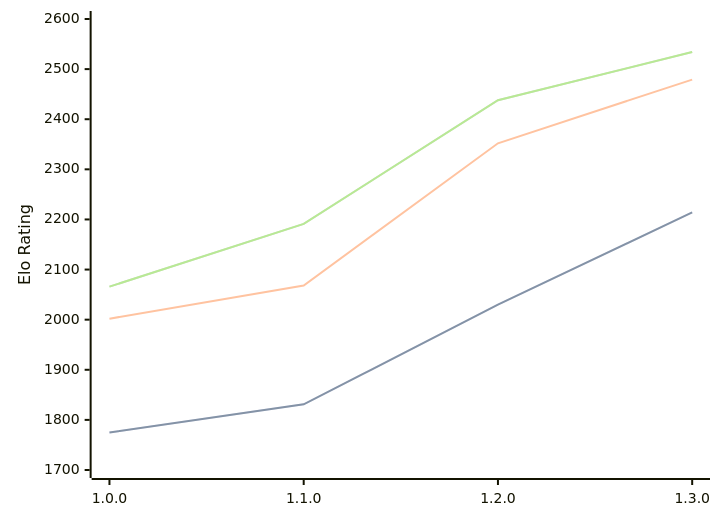
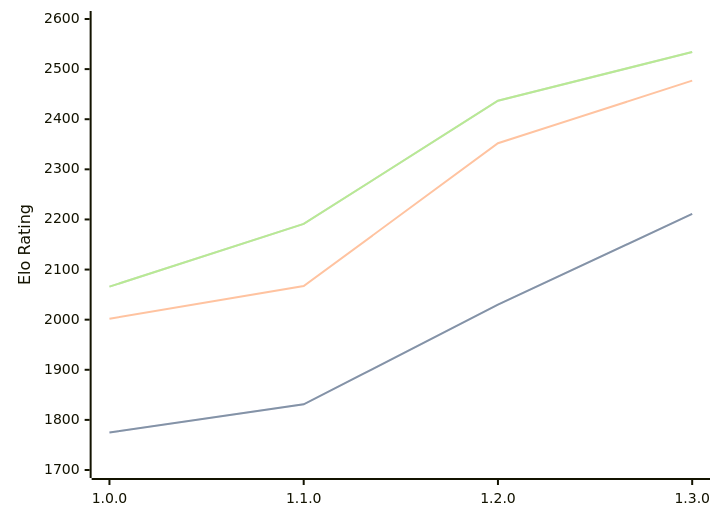
One commit to computer-chess-index/cci changed the diagram in engines/Anodos.md. Above: the diagram before and after it, drawn with Mermaid. The commit also changed other lines of this file, not shown here.

Commit message:
Update CCI Ratings (ELO VLTC) - 2026-03-17

````diff
--- a/engines/Anodos.md
+++ b/engines/Anodos.md
@@ -43,11 +43,11 @@
 ```mermaid
 %%{init: {"theme":"base","themeVariables":{"seriesColors:['#a3a3a3','#222221','#faa371']}}}%%
 xychart-beta
   x-axis ["1.0.0", "1.1.0", "1.2.0", "1.3.0"]
   y-axis "Elo Rating" 1700 --> 2600
-  line "STC (8.0+0.08s)" [1775, 1831, 2030, 2214]
-  line "STC (8.0+0.08s)" [1775, 1831, 2030, 2214]
-  line "LTC (60.0+0.60s)" [2002, 2068, 2352, 2479]
-  line "VLTC (2m24s+1.12s)" [2066, 2191, 2438, 2534]
-  line "VLTC (2m24s+1.12s)" [2066, 2191, 2438, 2534]
+  line "STC (8.0+0.08s)" [1775, 1831, 2030, 2211]
+  line "STC (8.0+0.08s)" [1775, 1831, 2030, 2211]
+  line "LTC (60.0+0.60s)" [2002, 2067, 2352, 2477]
+  line "VLTC (2m24s+1.12s)" [2066, 2191, 2437, 2534]
+  line "VLTC (2m24s+1.12s)" [2066, 2191, 2437, 2534]
 ```
````
